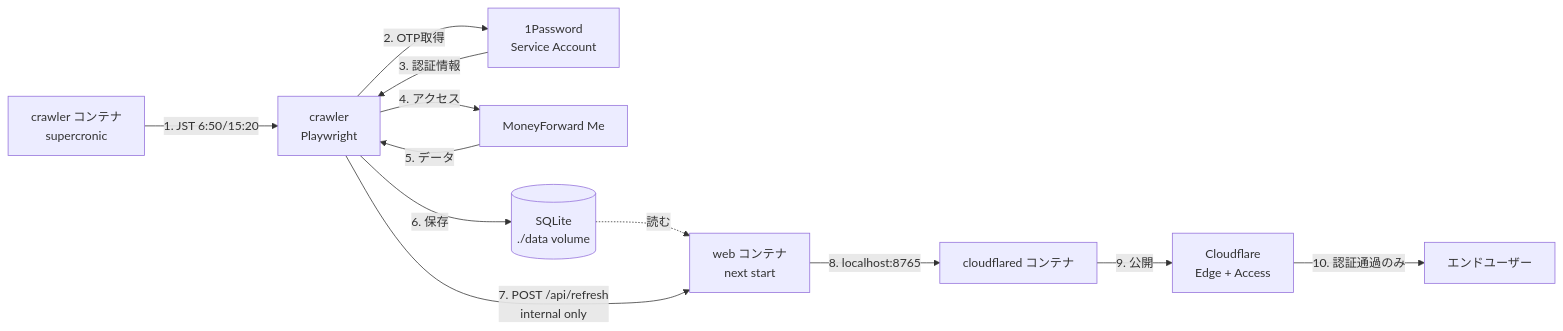
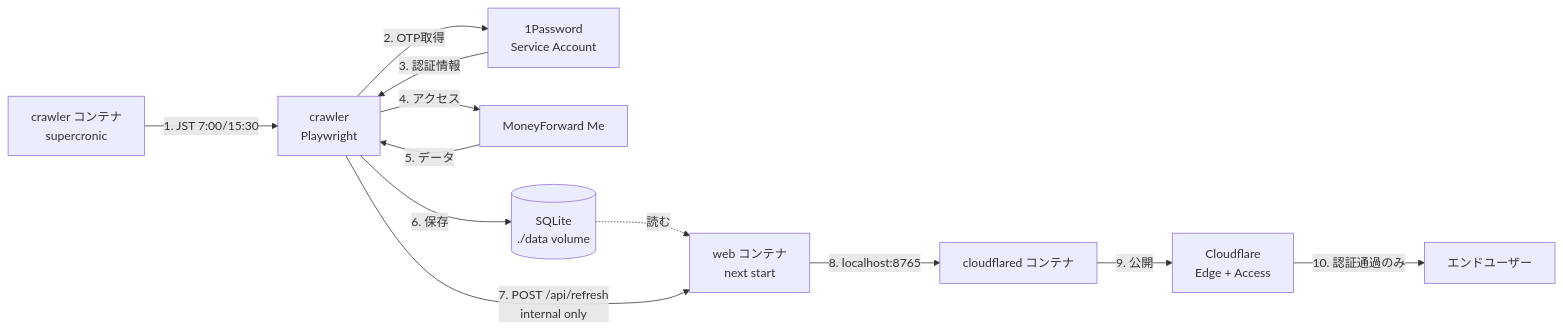
Before and after one commit to hiroppy/mf-dashboard: the diagram in README.md, drawn with Mermaid. The commit also changed other lines of this file and 2 other files, not shown here.

Commit message:
chore: shift crawler schedule to JST 7:00 / 15:30

````diff
--- a/README.md
+++ b/README.md
@@ -47,14 +47,14 @@
 ```mermaid
 graph LR
-    A[crawler コンテナ<br/>supercronic] -->|1. JST 6:50/15:20| B[crawler<br/>Playwright]
+    A[crawler コンテナ<br/>supercronic] -->|1. JST 7:00/15:30| B[crawler<br/>Playwright]
     B -->|2. OTP取得| E[1Password<br/>Service Account]
     E -->|3. 認証情報| B
     B -->|4. アクセス| F[MoneyForward Me]
     F -->|5. データ| B
     B -->|6. 保存| C[(SQLite<br/>./data volume)]
     C -.読む.-> W[web コンテナ<br/>next start]
     B -->|7. POST /api/refresh<br/>internal only| W
     W -->|8. localhost:8765| H[cloudflared コンテナ]
     H -->|9. 公開| I[Cloudflare<br/>Edge + Access]
     I -->|10. 認証通過のみ| J[エンドユーザー]
 ```
````
